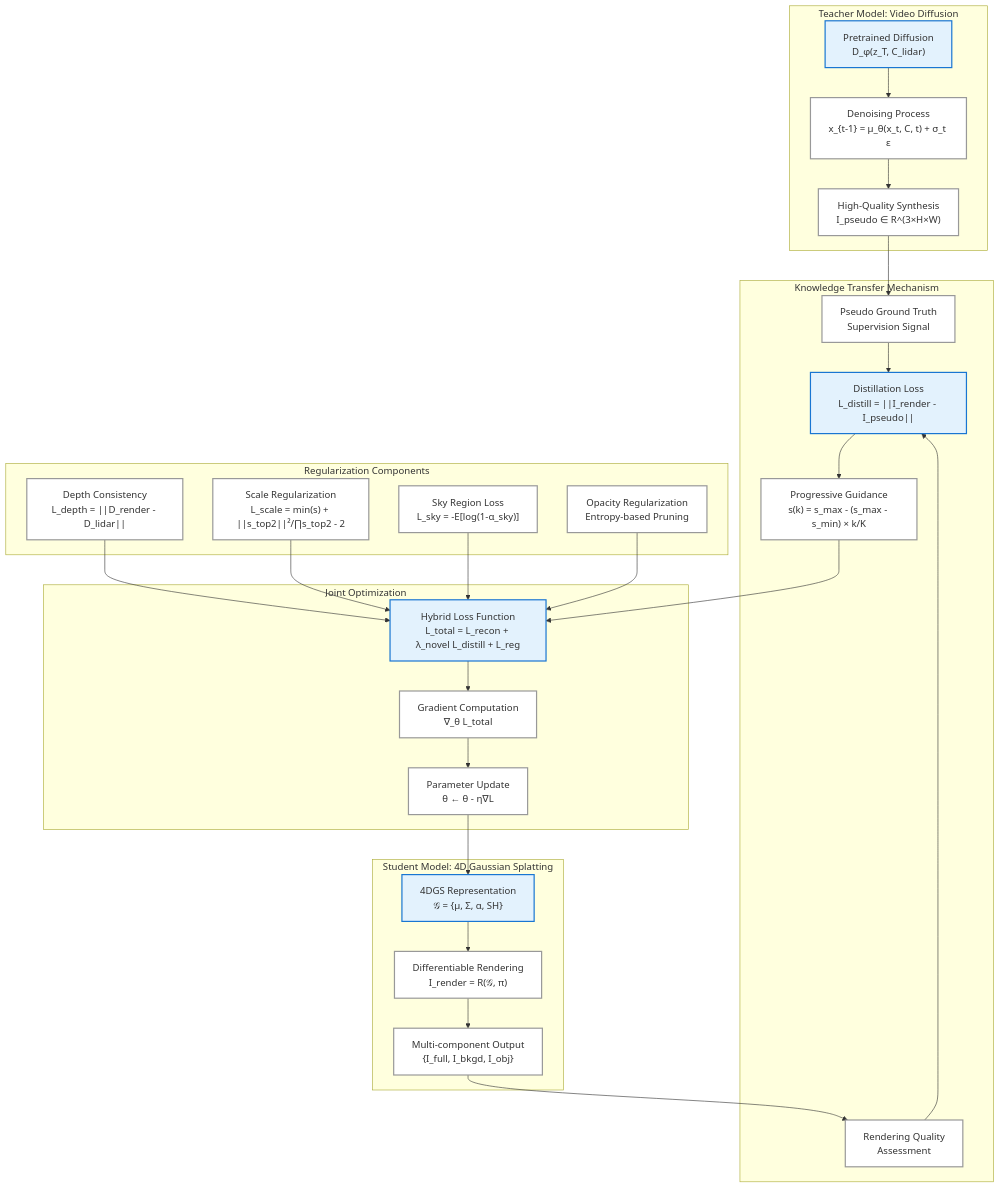
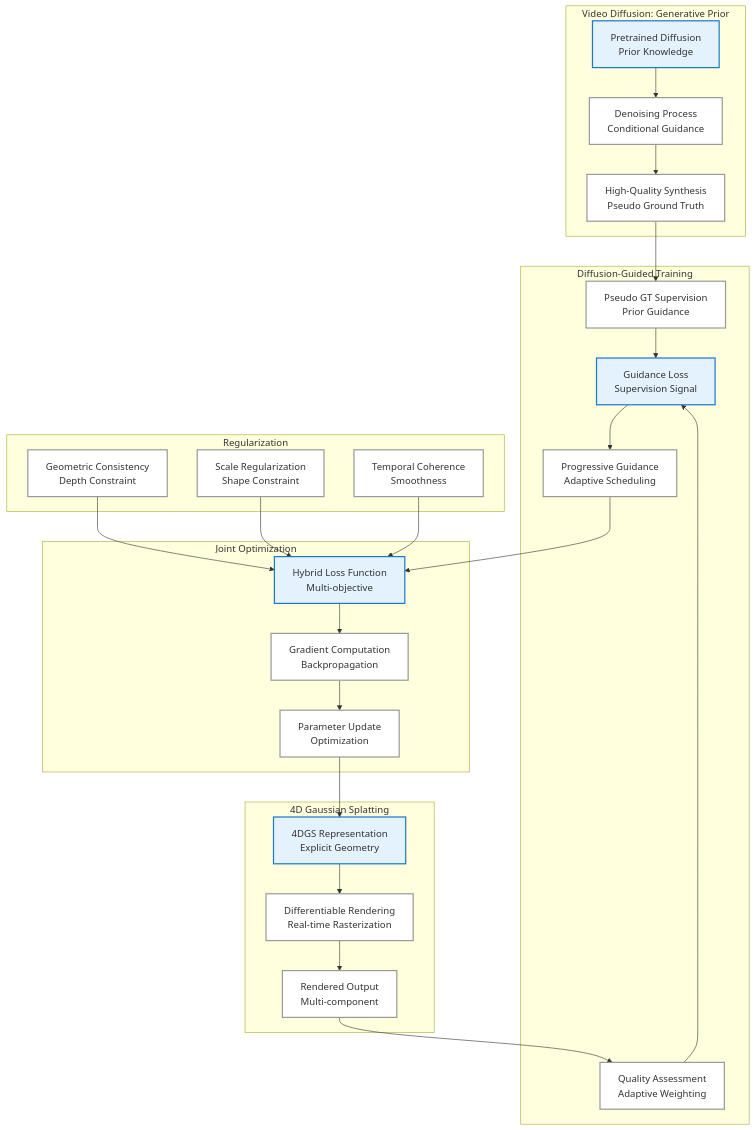
One commit to charles1614/thuthesis changed the diagram in figures/mmd/knowledge_distillation.mmd. Above: the diagram before and after it, drawn with Mermaid. The commit also changed 14 other files, not shown here.

```diff
--- a/figures/mmd/knowledge_distillation.mmd
+++ b/figures/mmd/knowledge_distillation.mmd
@@ -1,45 +1,43 @@
 graph TB
-    subgraph TeacherModel["Teacher Model: Video Diffusion"]
-        A["Pretrained Diffusion<br/>D_φ(z_T, C_lidar)"]
-        A --> B["Denoising Process<br/>x_{t-1} = μ_θ(x_t, C, t) + σ_t ε"]
-        B --> C["High-Quality Synthesis<br/>I_pseudo ∈ R^(3×H×W)"]
+    subgraph DiffusionGuide["Video Diffusion: Generative Prior"]
+        A["Pretrained Diffusion<br/>Prior Knowledge"]
+        A --> B["Denoising Process<br/>Conditional Guidance"]
+        B --> C["High-Quality Synthesis<br/>Pseudo Ground Truth"]
     end
     
-    subgraph StudentModel["Student Model: 4D Gaussian Splatting"]
-        D["4DGS Representation<br/>𝒢 = {μ, Σ, α, SH}"]
-        D --> E["Differentiable Rendering<br/>I_render = R(𝒢, π)"]
-        E --> F["Multi-component Output<br/>{I_full, I_bkgd, I_obj}"]
+    subgraph GaussianModel["4D Gaussian Splatting"]
+        D["4DGS Representation<br/>Explicit Geometry"]
+        D --> E["Differentiable Rendering<br/>Real-time Rasterization"]
+        E --> F["Rendered Output<br/>Multi-component"]
     end
     
-    subgraph KnowledgeTransfer["Knowledge Transfer Mechanism"]
-        C --> G["Pseudo Ground Truth<br/>Supervision Signal"]
-        F --> H["Rendering Quality<br/>Assessment"]
-        G --> I["Distillation Loss<br/>L_distill = ||I_render - I_pseudo||"]
+    subgraph GuidanceMechanism["Diffusion-Guided Training"]
+        C --> G["Pseudo GT Supervision<br/>Prior Guidance"]
+        F --> H["Quality Assessment<br/>Adaptive Weighting"]
+        G --> I["Guidance Loss<br/>Supervision Signal"]
         H --> I
-        I --> J["Progressive Guidance<br/>s(k) = s_max - (s_max - s_min) × k/K"]
+        I --> J["Progressive Guidance<br/>Adaptive Scheduling"]
     end
     
-    subgraph OptimizationLoop["Joint Optimization"]
-        J --> K["Hybrid Loss Function<br/>L_total = L_recon + λ_novel L_distill + L_reg"]
-        K --> L["Gradient Computation<br/>∇_θ L_total"]
-        L --> M["Parameter Update<br/>θ ← θ - η∇L"]
+    subgraph JointOptimization["Joint Optimization"]
+        J --> K["Hybrid Loss Function<br/>Multi-objective"]
+        K --> L["Gradient Computation<br/>Backpropagation"]
+        L --> M["Parameter Update<br/>Optimization"]
         M --> D
     end
     
-    subgraph RegularizationTerms["Regularization Components"]
-        N["Depth Consistency<br/>L_depth = ||D_render - D_lidar||"]
-        O["Scale Regularization<br/>L_scale = min(s) + ||s_top2||²/∏s_top2 - 2"]
-        P["Sky Region Loss<br/>L_sky = -E[log(1-α_sky)]"]
-        Q["Opacity Regularization<br/>Entropy-based Pruning"]
+    subgraph RegularizationTerms["Regularization"]
+        N["Geometric Consistency<br/>Depth Constraint"]
+        O["Scale Regularization<br/>Shape Constraint"]
+        P["Temporal Coherence<br/>Smoothness"]
     end
     
     N --> K
     O --> K
     P --> K
-    Q --> K
     
     classDef normalStyle fill:#FFFFFF,stroke:#999999,stroke-width:2px
     classDef importantStyle fill:#E3F2FD,stroke:#1976D2,stroke-width:2px
     
     class A,D,I,K importantStyle
-    class B,C,E,F,G,H,J,L,M,N,O,P,Q normalStyle
+    class B,C,E,F,G,H,J,L,M,N,O,P normalStyle
```
